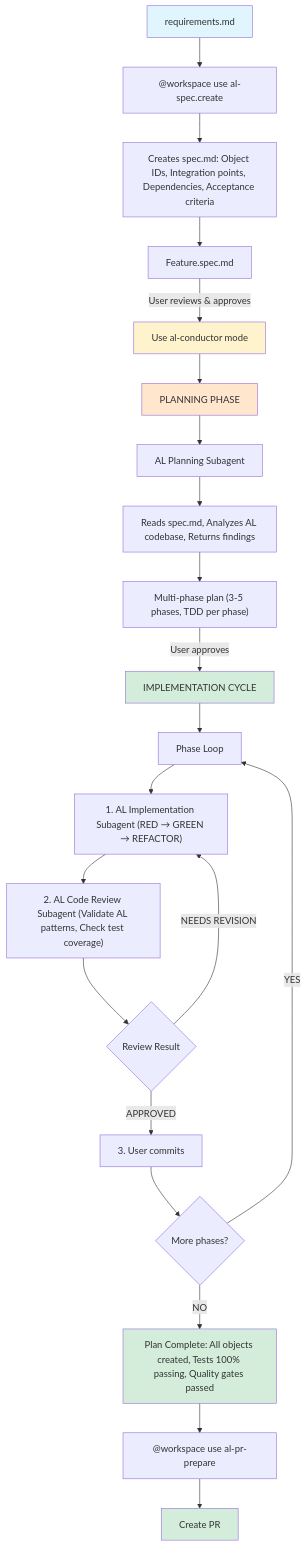
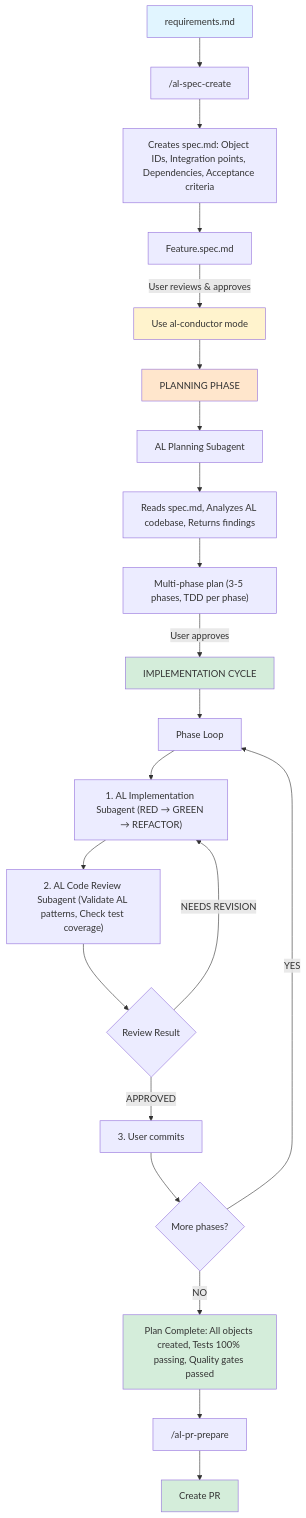
The third of 4 diagrams in docs/workflows/complete-development-flow.md (javiarmesto/ALDC-AL-Development-Collection), drawn with Mermaid before and after one commit. The commit also changed other lines of this file and 32 other files, not shown here.

````diff
--- a/docs/workflows/complete-development-flow.md
+++ b/docs/workflows/complete-development-flow.md
@@ -241,35 +241,35 @@
 ```mermaid
 graph TD
-    A[requirements.md] --> B["@workspace use al-spec.create"]
+    A[requirements.md] --> B["/al-spec-create"]
     B --> B1["Creates spec.md: Object IDs, Integration points, Dependencies, Acceptance criteria"]
     B1 --> C[Feature.spec.md]
     C -->|"User reviews & approves"| D[Use al-conductor mode]
     
     D --> E[PLANNING PHASE]
     E --> E1[AL Planning Subagent]
     E1 --> E2["Reads spec.md, Analyzes AL codebase, Returns findings"]
     
     E2 --> F["Multi-phase plan (3-5 phases, TDD per phase)"]
     F -->|User approves| G[IMPLEMENTATION CYCLE]
     
     G --> H[Phase Loop]
     H --> H1["1. AL Implementation Subagent (RED → GREEN → REFACTOR)"]
     H1 --> H2["2. AL Code Review Subagent (Validate AL patterns, Check test coverage)"]
     H2 --> H3{Review Result}
     H3 -->|APPROVED| H4[3. User commits]
     H3 -->|"NEEDS REVISION"| H1
     
     H4 --> I{More phases?}
     I -->|YES| H
     I -->|NO| J["Plan Complete: All objects created, Tests 100% passing, Quality gates passed"]
     
-    J --> K["@workspace use al-pr-prepare"]
+    J --> K["/al-pr-prepare"]
     K --> L[Create PR]
     
     style A fill:#e1f5ff
     style D fill:#fff3cd
     style E fill:#ffe6cc
     style G fill:#d4edda
     style J fill:#d4edda
     style L fill:#d4edda
 ```
````
